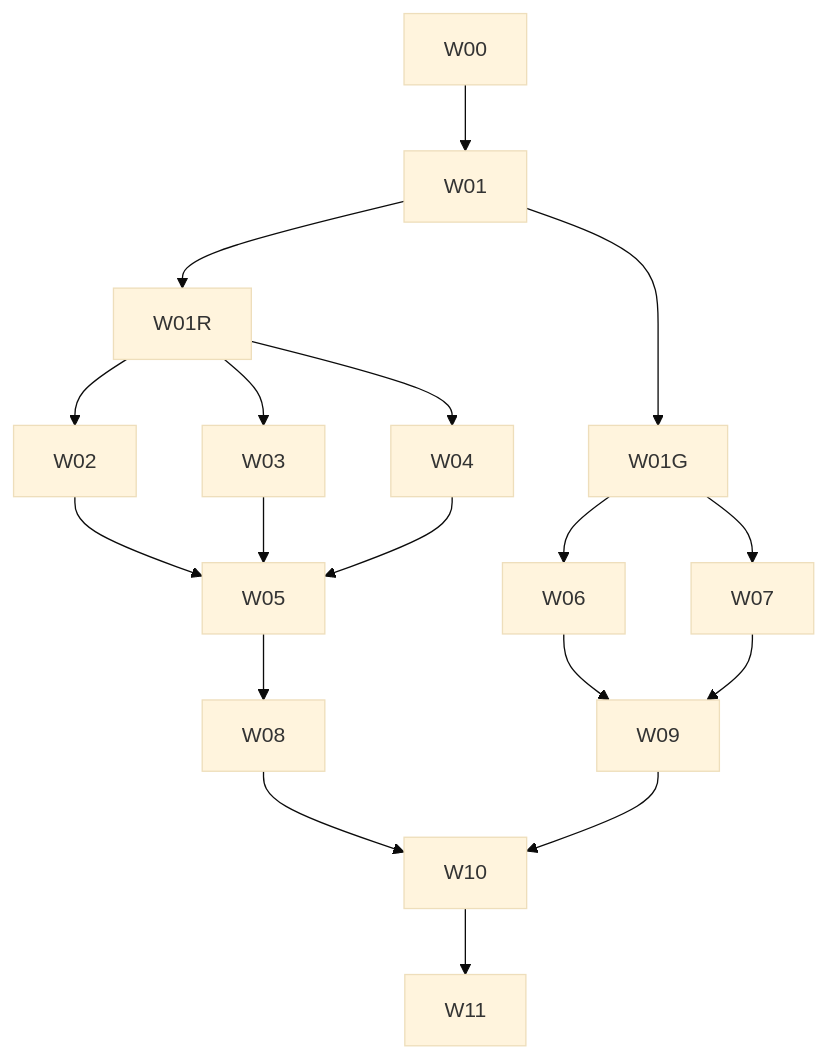
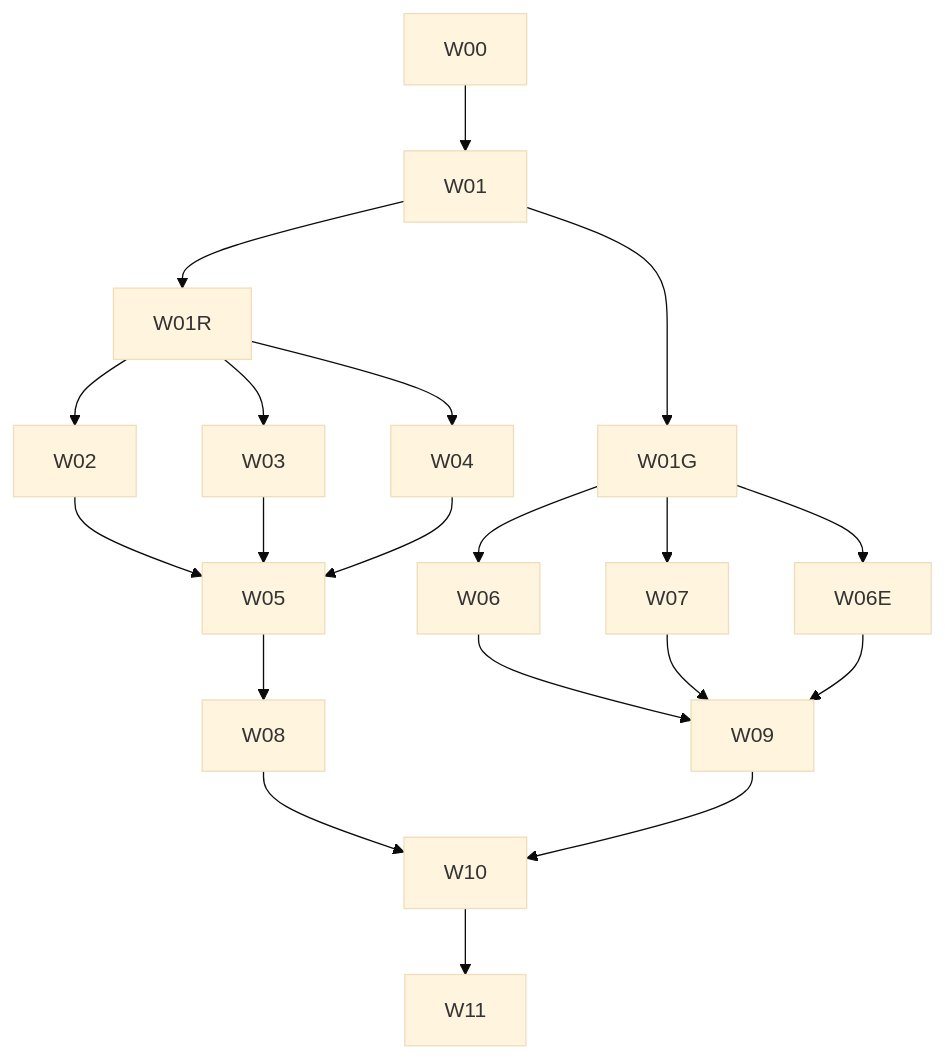
One commit to jinyongp/openapi-sdkgen changed the diagram in plans/sdk-optimization/plan.md. Above: the diagram before and after it, drawn with Mermaid (base theme). The commit also changed other lines of this file and 4 other files, not shown here.

````diff
--- a/plans/sdk-optimization/plan.md
+++ b/plans/sdk-optimization/plan.md
@@ -138,20 +153,22 @@
 ```mermaid
 flowchart TD
   W00 --> W01
   W01 --> W01G
   W01 --> W01R
   W01R --> W02
   W01R --> W03
   W01R --> W04
   W02 --> W05
   W03 --> W05
   W04 --> W05
   W05 --> W08
   W01G --> W06
   W01G --> W07
+  W01G --> W06E
   W06 --> W09
   W07 --> W09
+  W06E --> W09
   W08 --> W10
   W09 --> W10
   W10 --> W11
 ```
````
